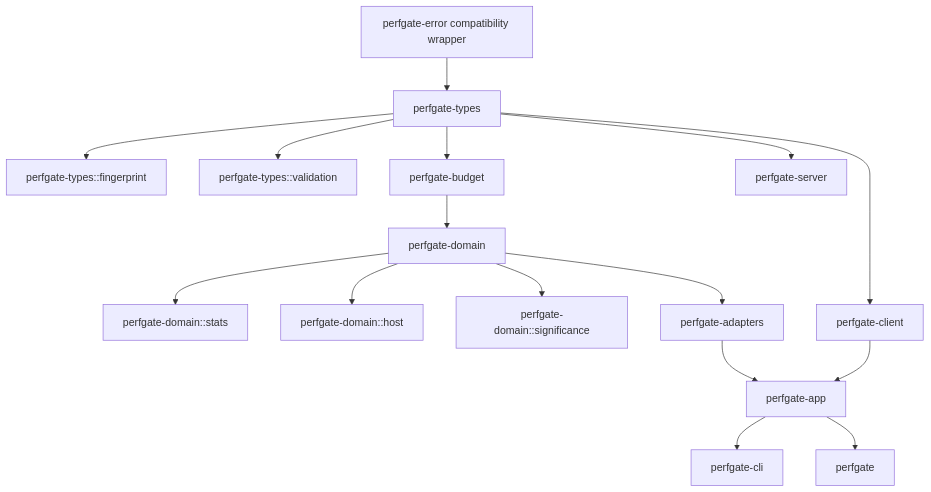
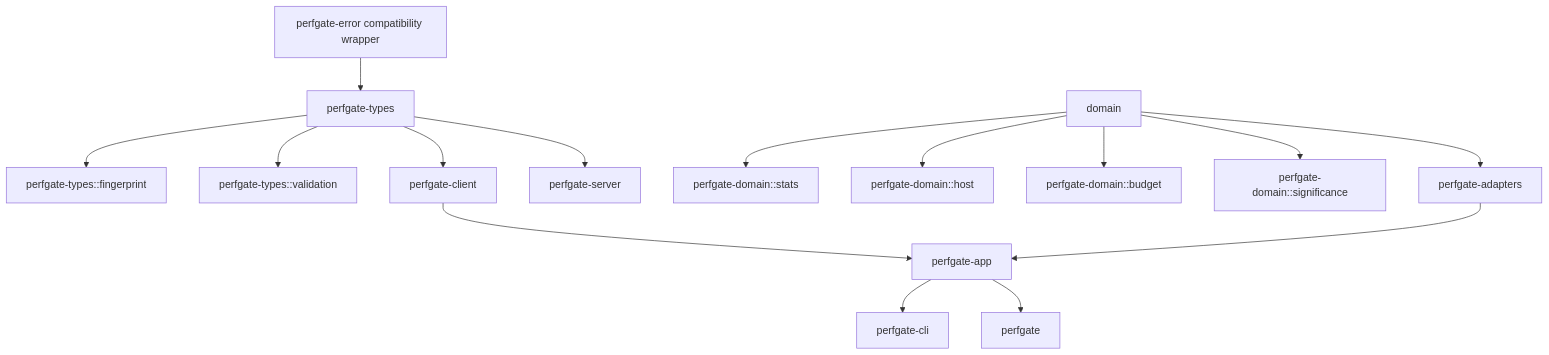
Before and after one commit to EffortlessMetrics/perfgate: the diagram in docs/WORKSPACE.md, drawn with Mermaid. The commit also changed other lines of this file and 31 other files, not shown here.

Commit message:
Absorb budget into domain

````diff
--- a/docs/WORKSPACE.md
+++ b/docs/WORKSPACE.md
@@ -32,18 +31,17 @@
 ```mermaid
 graph TD
   error[perfgate-error compatibility wrapper] --> types[perfgate-types]
   types --> fingerprint[perfgate-types::fingerprint]
   domain --> stats[perfgate-domain::stats]
   types --> val[perfgate-types::validation]
   domain --> host[perfgate-domain::host]
-  types --> budget[perfgate-budget]
+  domain --> budget[perfgate-domain::budget]
   domain --> sig[perfgate-domain::significance]
-  budget --> domain[perfgate-domain]
   domain --> adapters[perfgate-adapters]
   adapters --> app[perfgate-app]
   app --> cli[perfgate-cli]
   app --> facade[perfgate]
   types --> client[perfgate-client]
   client --> app
   types --> server[perfgate-server]
 ```
````
